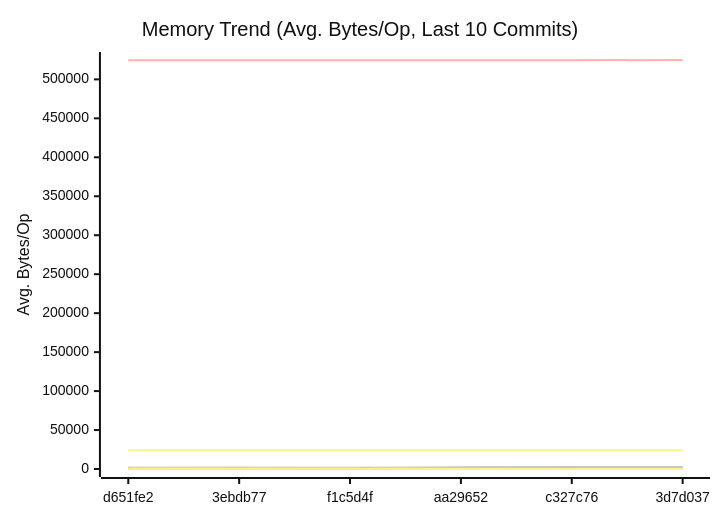
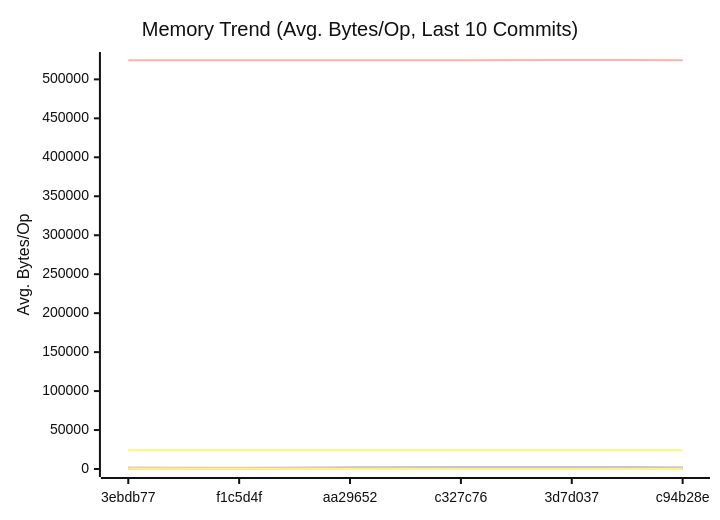
Before and after one commit to alsotoes/momo: the second of 3 diagrams in docs/PERFORMANCE.md, drawn with Mermaid (neutral theme). The commit also changed other lines of this file and 2 other files, not shown here.

````diff
--- a/docs/PERFORMANCE.md
+++ b/docs/PERFORMANCE.md
@@ -310,44 +310,44 @@
 ```mermaid
 xychart-beta
     title "Memory Trend (Avg. Bytes/Op, Last 10 Commits)"
     x-axis "Commit"
     y-axis "Avg. Bytes/Op"
-    x-axis [d651fe2,3ebdb77,f1c5d4f,aa29652,c327c76,3d7d037]
-    line "AWSChunkedReaderSigned" [100,107,110,64,68,46,98,80,70,106]
-    line "AWSChunkedReaderUnsigned" [109,105,108,49,63,59,75,91,78,84]
+    x-axis [3ebdb77,f1c5d4f,aa29652,c327c76,3d7d037,c94b28e]
+    line "AWSChunkedReaderSigned" [107,110,64,68,46,98,80,70,106,85]
+    line "AWSChunkedReaderUnsigned" [105,108,49,63,59,75,91,78,84,68]
     line "CheckMetricsAndSwap" [0,0,0,0,0,0,0,0,0,0]
     line "CrushOptimized" [0,0,0,0,0,0,0,0,0,0]
     line "CrushOriginal" [164,164,164,164,164,164,164,164,164,164]
-    line "FormatListObjectsV2XML_AppendFormat" [524504,524463,524460,524580,524552,524871,524558,524474,524487,524493]
+    line "FormatListObjectsV2XML_AppendFormat" [524463,524460,524580,524552,524871,524558,524474,524487,524493,524491]
     line "FormatListObjectsV2XML_OldFormat" [24000,24000,24000,24000,24000,24000,24000,24000,24000,24000]
-    line "HashBytes/1MiB" [206,280,205,138,157,137,195,139,187,213]
-    line "HashBytes/256MiB" [239,186,209,129,172,116,191,150,250,237]
-    line "HashBytes/64MiB" [242,209,232,132,172,107,132,159,198,175]
-    line "HashFile/1MiB" [232,152,244,127,148,121,187,160,251,167]
-    line "HashFile/256MiB" [190,211,261,126,156,118,177,172,188,165]
-    line "HashFile/64MiB" [195,190,258,120,142,102,169,207,193,175]
+    line "HashBytes/1MiB" [280,205,138,157,137,195,139,187,213,178]
+    line "HashBytes/256MiB" [186,209,129,172,116,191,150,250,237,208]
+    line "HashBytes/64MiB" [209,232,132,172,107,132,159,198,175,180]
+    line "HashFile/1MiB" [152,244,127,148,121,187,160,251,167,203]
+    line "HashFile/256MiB" [211,261,126,156,118,177,172,188,165,187]
+    line "HashFile/64MiB" [190,258,120,142,102,169,207,193,175,165]
     line "IndexDirectTracking" [0,0,0,0,0,0,0,0,0,0]
     line "IndexSearch" [0,0,0,0,0,0,0,0,0,0]
     line "LastModifiedHeader_AppendFormat" [0,0,0,0,0,0,0,0,0,0]
     line "LastModifiedHeader_Format" [32,32,32,32,32,32,32,32,32,32]
     line "LoadGlobalConfig" [1976,1976,1976,1976,1976,1976,1976,1976,1976,1976]
-    line "LocalWrite/1MiB" [1829,1794,1712,592,751,950,1339,1557,1077,1130]
-    line "LocalWrite/256MiB" [2131,2012,2499,1674,1356,986,1532,1495,1600,1673]
-    line "LocalWrite/64MiB" [1896,2009,2371,1365,1282,1194,1597,1782,1648,1456]
+    line "LocalWrite/1MiB" [1794,1712,592,751,950,1339,1557,1077,1130,940]
+    line "LocalWrite/256MiB" [2012,2499,1674,1356,986,1532,1495,1600,1673,1446]
+    line "LocalWrite/64MiB" [2009,2371,1365,1282,1194,1597,1782,1648,1456,1098]
     line "PadString" [64,64,64,64,64,64,64,64,64,64]
     line "ParseReplicationOrder_NoPrealloc" [408,408,408,408,408,248,248,248,248,248]
     line "ParseReplicationOrder_Prealloc" [240,240,240,240,240,80,80,80,80,80]
     line "Placement" [352,352,352,352,352,352,352,352,352,352]
     line "PlacementDomainSpread" [352,352,352,352,352,352,352,352,352,352]
-    line "ReadVerify/1MiB" [210,218,304,186,157,86,185,136,220,179]
-    line "ReadVerify/256MiB" [177,262,214,154,147,118,177,204,219,127]
-    line "ReadVerify/64MiB" [199,226,239,179,155,126,175,148,315,131]
-    line "S3PutSpool/1MiB" [205,252,163,115,110,85,134,125,122,170]
-    line "S3PutSpool/256MiB" [201,247,206,112,111,101,149,123,148,219]
-    line "S3PutSpool/64MiB" [167,219,190,127,103,99,156,168,183,168]
+    line "ReadVerify/1MiB" [218,304,186,157,86,185,136,220,179,124]
+    line "ReadVerify/256MiB" [262,214,154,147,118,177,204,219,127,151]
+    line "ReadVerify/64MiB" [226,239,179,155,126,175,148,315,131,129]
+    line "S3PutSpool/1MiB" [252,163,115,110,85,134,125,122,170,161]
+    line "S3PutSpool/256MiB" [247,206,112,111,101,149,123,148,219,144]
+    line "S3PutSpool/64MiB" [219,190,127,103,99,156,168,183,168,155]
     line "SanitizeLog/Safe" [0,0,0,0,0,0,0,0,0,0]
     line "SanitizeLog/Unsafe" [704,704,704,704,704,704,704,704,704,704]
-    line "TrustedRead/1MiB" [178,279,221,125,140,108,186,217,246,135]
-    line "TrustedRead/256MiB" [230,219,184,123,110,83,160,128,226,212]
-    line "TrustedRead/64MiB" [192,233,169,124,113,70,144,220,225,161]
+    line "TrustedRead/1MiB" [279,221,125,140,108,186,217,246,135,143]
+    line "TrustedRead/256MiB" [219,184,123,110,83,160,128,226,212,181]
+    line "TrustedRead/64MiB" [233,169,124,113,70,144,220,225,161,144]
 ```
````
